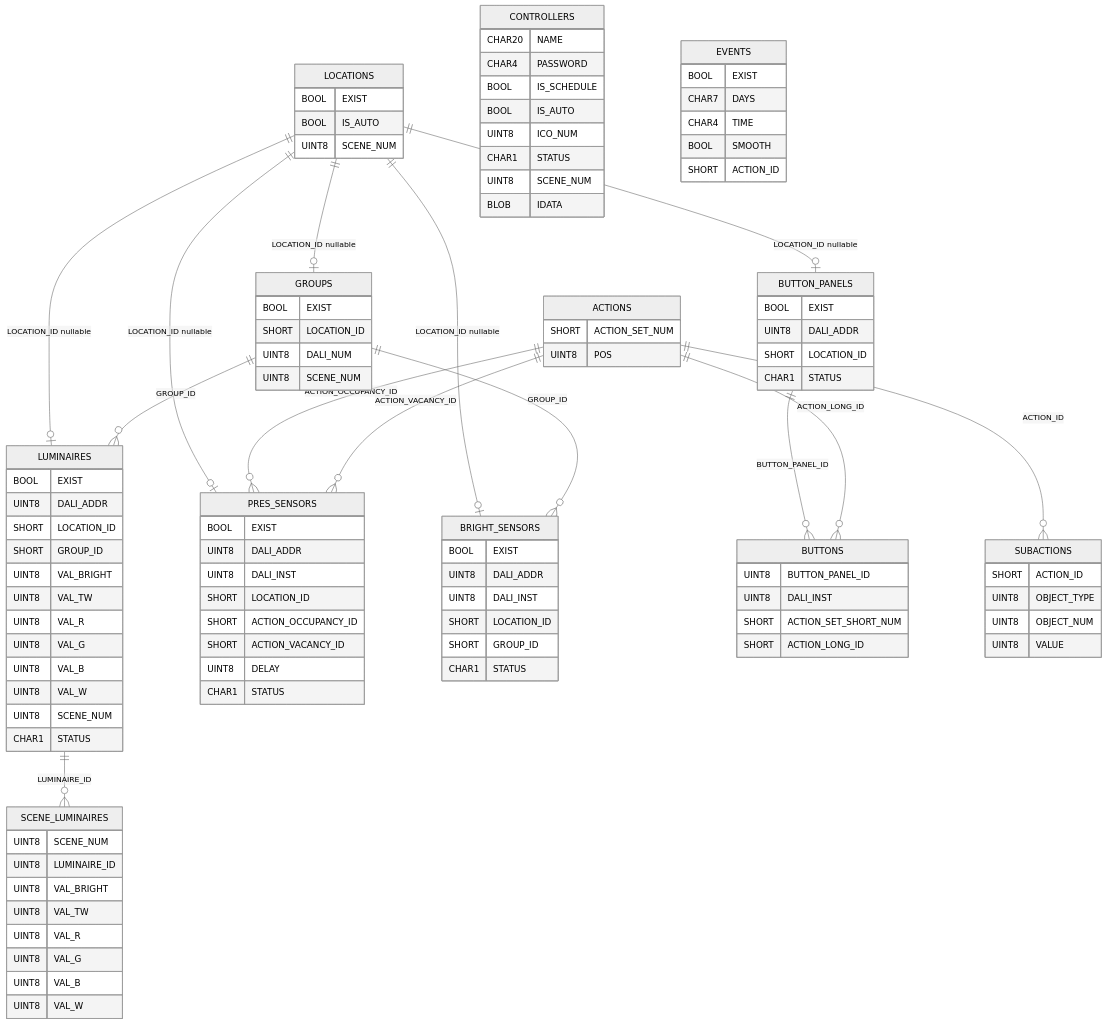
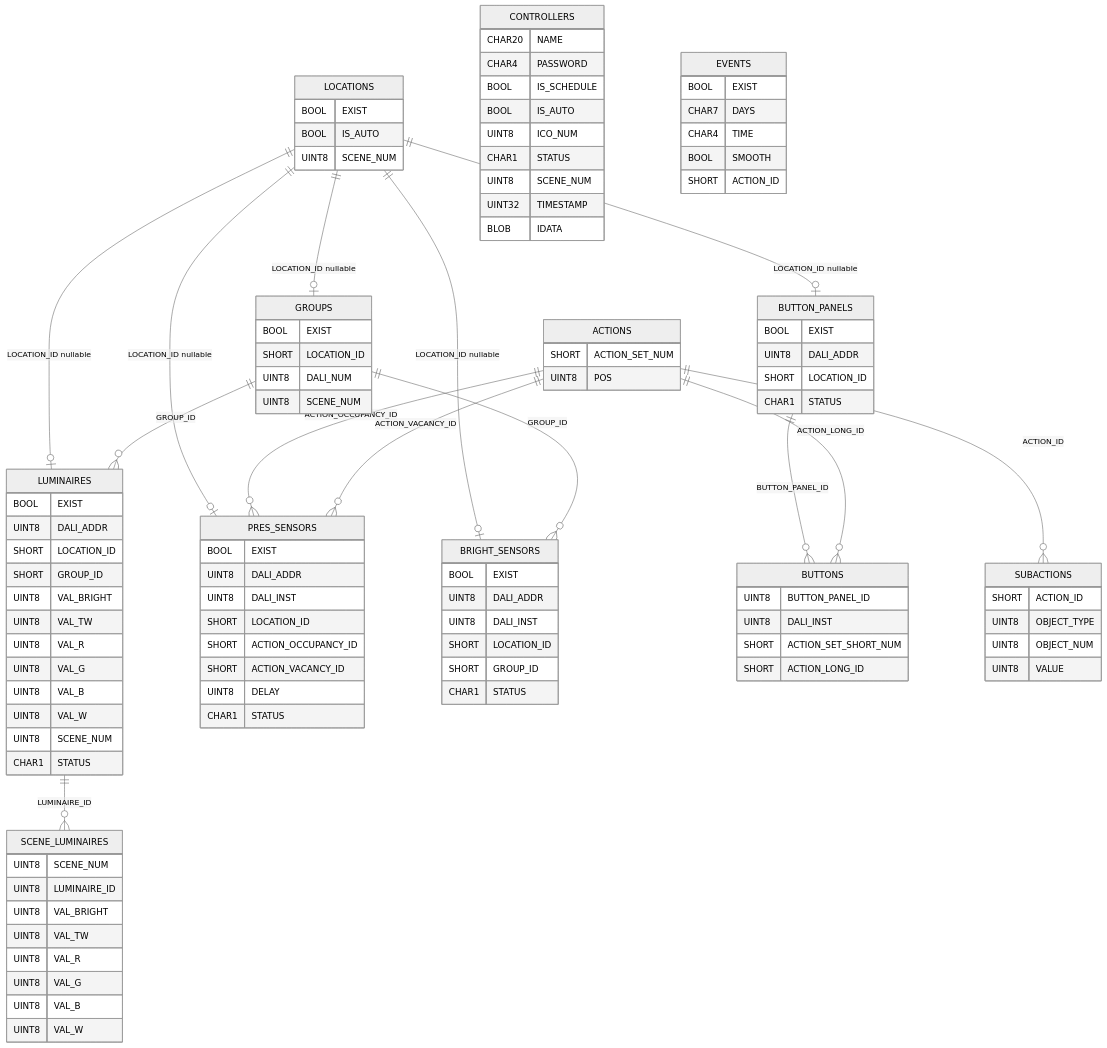
Before and after one commit to KhudyakovAlex/Synapse: the diagram in PDS/SynapsePDS_FW_DB_scheme.md, drawn with Mermaid (neutral theme). The commit also changed other lines of this file and 11 other files, not shown here.

Commit message:
Add TIMESTAMP to database schemas (APP and FW)

```diff
--- a/PDS/SynapsePDS_FW_DB_scheme.md
+++ b/PDS/SynapsePDS_FW_DB_scheme.md
@@ -28,6 +28,7 @@
         UINT8 ICO_NUM
         CHAR1 STATUS
         UINT8 SCENE_NUM
+        UINT32 TIMESTAMP
         BLOB IDATA
     }
 
```
